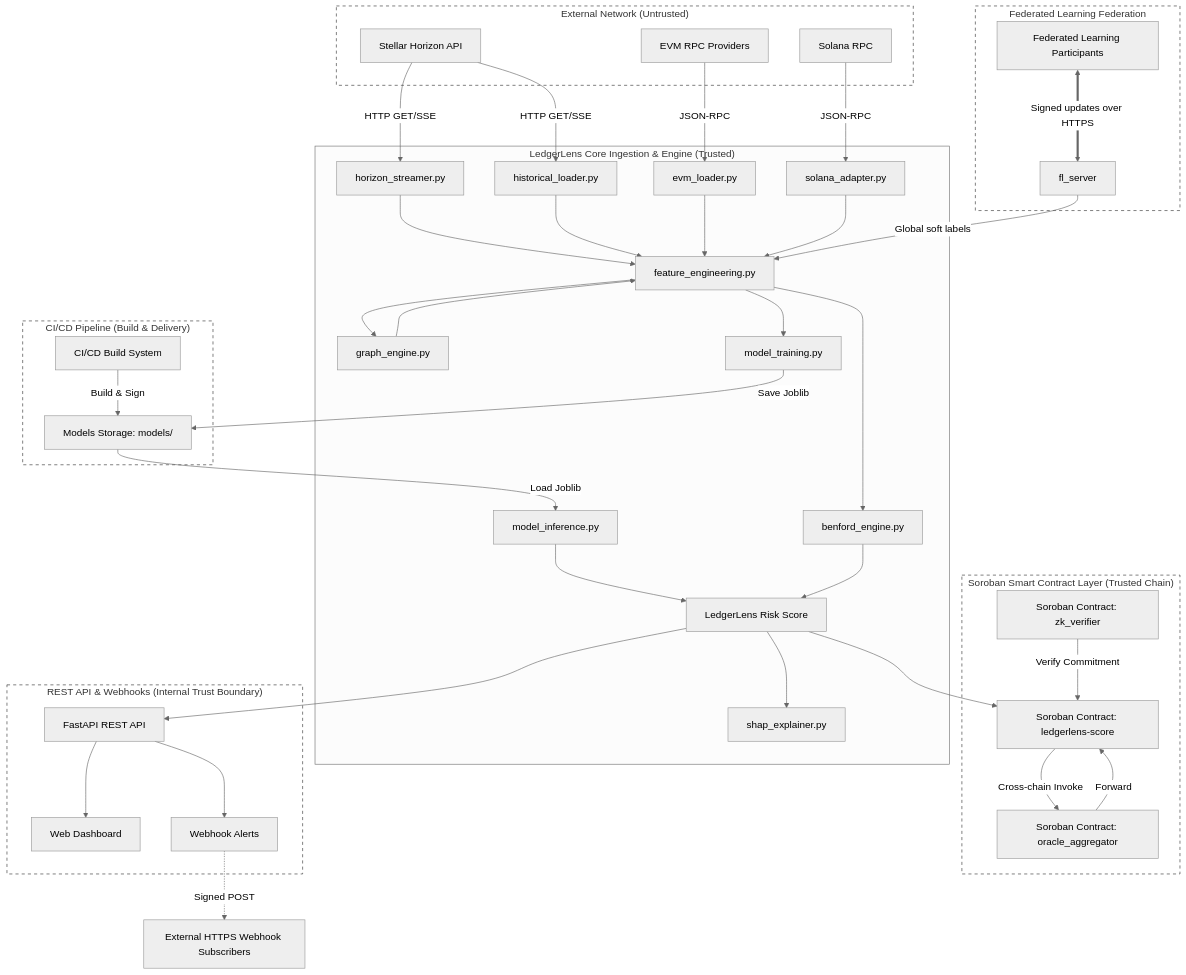
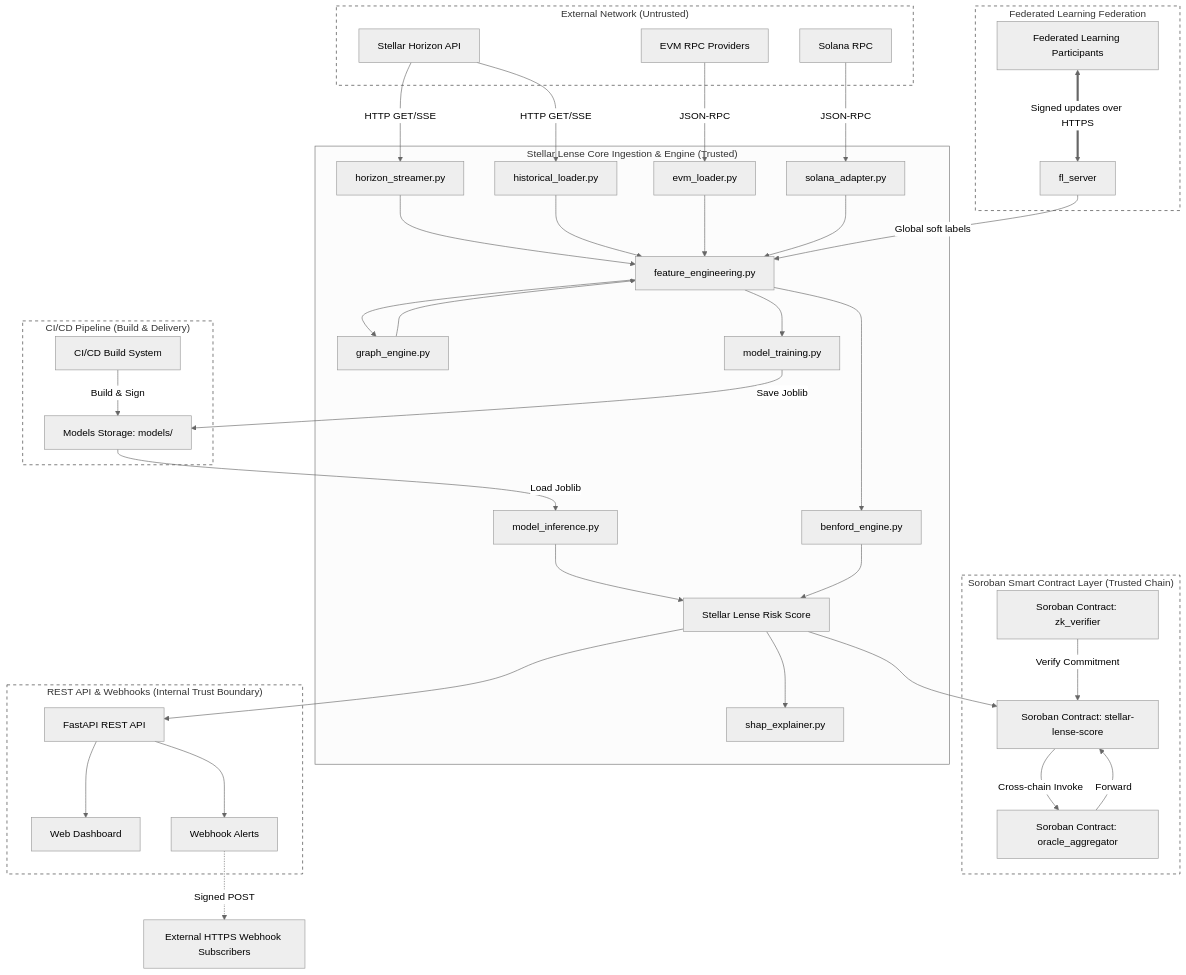
Before and after one commit to Stellar-lens/Stellar-Lense: the diagram in packages/core/docs/threat_model.md, drawn with Mermaid (neutral theme). The commit also changed other lines of this file and 509 other files, not shown here.

```diff
--- a/packages/core/docs/threat_model.md
+++ b/packages/core/docs/threat_model.md
@@ -27,7 +27,7 @@
         SOL[Solana RPC]
     end
 
-    subgraph LL_Core["LedgerLens Core Ingestion & Engine (Trusted)"]
+    subgraph LL_Core["Stellar Lense Core Ingestion & Engine (Trusted)"]
         STREAM[horizon_streamer.py]
         HIST[historical_loader.py]
         EVM_LOAD[evm_loader.py]
@@ -39,11 +39,11 @@
         TRAIN[model_training.py]
         INFER[model_inference.py]
         SHAP[shap_explainer.py]
-        SCORE[LedgerLens Risk Score]
+        SCORE[Stellar Lense Risk Score]
     end
 
     subgraph Contracts["Soroban Smart Contract Layer (Trusted Chain)"]
-        CONTRACT[Soroban Contract: ledgerlens-score]
+        CONTRACT[Soroban Contract: stellar-lense-score]
         AGGREGATOR[Soroban Contract: oracle_aggregator]
         ZK[Soroban Contract: zk_verifier]
     end
```
